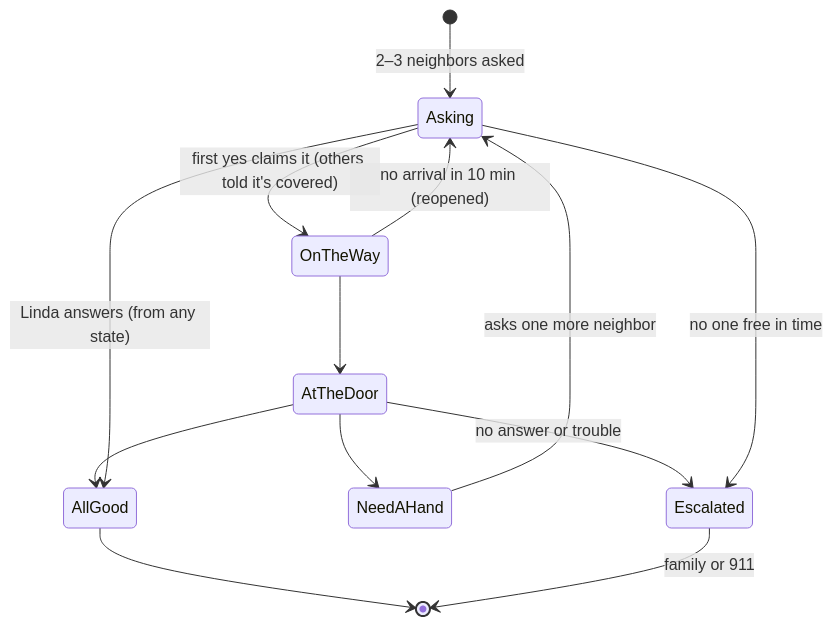
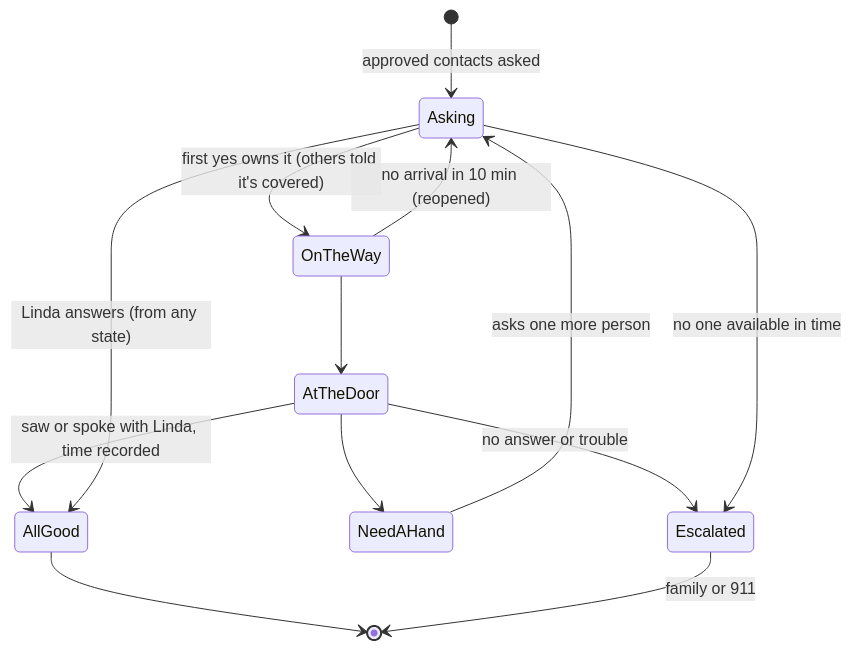
Before and after one commit to WangPantopus/skinny-pantopus: the second of 5 diagrams in docs/product/porchlight-product-design-2026-09-26.md, drawn with Mermaid. The commit also changed other lines of this file and 1 other file, not shown here.

````diff
--- a/docs/product/porchlight-product-design-2026-09-26.md
+++ b/docs/product/porchlight-product-design-2026-09-26.md
@@ -384,15 +405,15 @@
 ```mermaid
 stateDiagram-v2
-  [*] --> Asking: 2–3 neighbors asked
-  Asking --> OnTheWay: first yes claims it (others told it's covered)
+  [*] --> Asking: approved contacts asked
+  Asking --> OnTheWay: first yes owns it (others told it's covered)
   OnTheWay --> Asking: no arrival in 10 min (reopened)
   OnTheWay --> AtTheDoor
-  AtTheDoor --> AllGood
+  AtTheDoor --> AllGood: saw or spoke with Linda, time recorded
   AtTheDoor --> NeedAHand
-  NeedAHand --> Asking: asks one more neighbor
+  NeedAHand --> Asking: asks one more person
   AtTheDoor --> Escalated: no answer or trouble
-  Asking --> Escalated: no one free in time
+  Asking --> Escalated: no one available in time
   Asking --> AllGood: Linda answers (from any state)
   AllGood --> [*]
   Escalated --> [*]: family or 911
 ```
````
